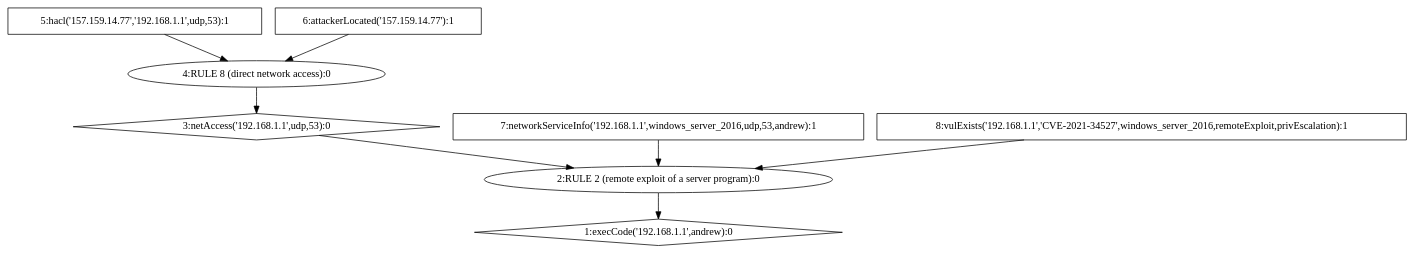
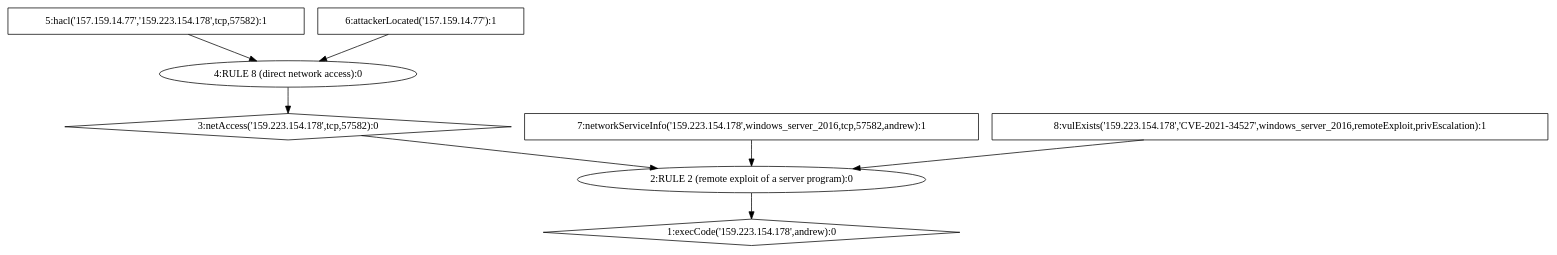
The diagram in public_html/scriptphp/AttackGraph.dot (Kekere/prelude-elk), drawn with Graphviz before and after one commit. The commit also changed 23 other files, not shown here.

```diff
--- a/public_html/scriptphp/AttackGraph.dot
+++ b/public_html/scriptphp/AttackGraph.dot
@@ -1,17 +1,17 @@
 digraph G {
-	1 [label="1:execCode('192.168.1.1',andrew):0",shape=diamond];
+	1 [label="1:execCode('159.223.154.178',andrew):0",shape=diamond];
 	2 [label="2:RULE 2 (remote exploit of a server program):0",shape=ellipse];
-	3 [label="3:netAccess('192.168.1.1',udp,53):0",shape=diamond];
+	3 [label="3:netAccess('159.223.154.178',tcp,57582):0",shape=diamond];
 	4 [label="4:RULE 8 (direct network access):0",shape=ellipse];
-	5 [label="5:hacl('157.159.14.77','192.168.1.1',udp,53):1",shape=box];
+	5 [label="5:hacl('157.159.14.77','159.223.154.178',tcp,57582):1",shape=box];
 	6 [label="6:attackerLocated('157.159.14.77'):1",shape=box];
-	7 [label="7:networkServiceInfo('192.168.1.1',windows_server_2016,udp,53,andrew):1",shape=box];
-	8 [label="8:vulExists('192.168.1.1','CVE-2021-34527',windows_server_2016,remoteExploit,privEscalation):1",shape=box];
+	7 [label="7:networkServiceInfo('159.223.154.178',windows_server_2016,tcp,57582,andrew):1",shape=box];
+	8 [label="8:vulExists('159.223.154.178','CVE-2021-34527',windows_server_2016,remoteExploit,privEscalation):1",shape=box];
 	5 -> 	4;
 	6 -> 	4;
 	4 -> 	3;
 	3 -> 	2;
 	7 -> 	2;
 	8 -> 	2;
 	2 -> 	1;
 }
```
